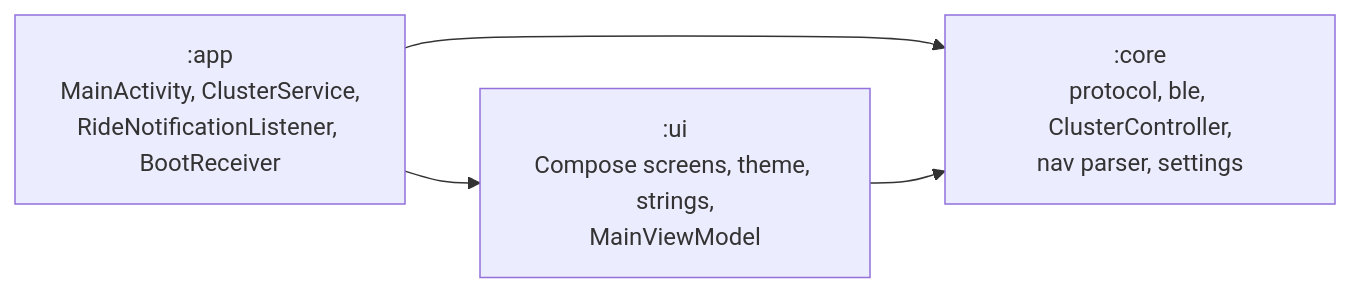
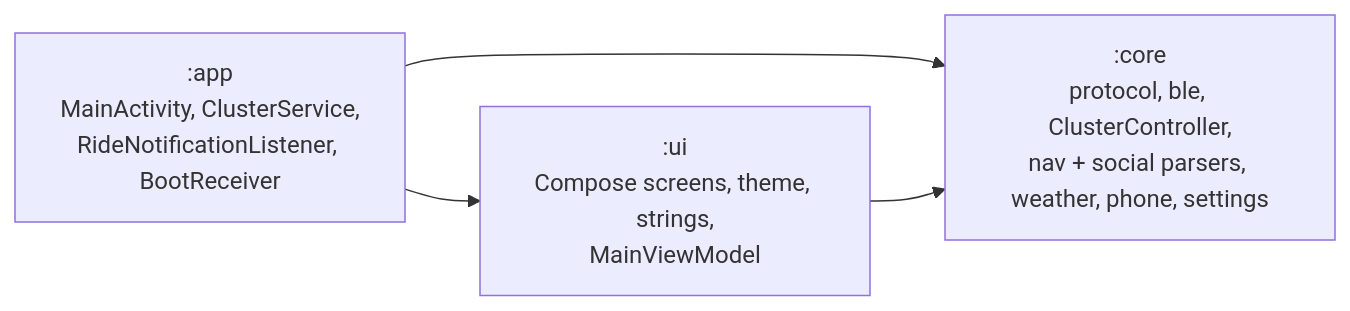
One commit to aiyu-ayaan/RideLink changed the first of 2 diagrams in development/docs/ARCHITECTURE.md. Above: the diagram before and after it, drawn with Mermaid. The commit also changed other lines of this file and 3 other files, not shown here.

````diff
--- a/development/docs/ARCHITECTURE.md
+++ b/development/docs/ARCHITECTURE.md
@@ -5,9 +5,9 @@
 ```mermaid
 graph LR
     app[":app<br/>MainActivity, ClusterService,<br/>RideNotificationListener, BootReceiver"]
     ui[":ui<br/>Compose screens, theme, strings,<br/>MainViewModel"]
-    core[":core<br/>protocol, ble, ClusterController,<br/>nav parser, settings"]
+    core[":core<br/>protocol, ble, ClusterController,<br/>nav + social parsers, weather, phone, settings"]
     app --> ui
     app --> core
     ui --> core
 ```
````
